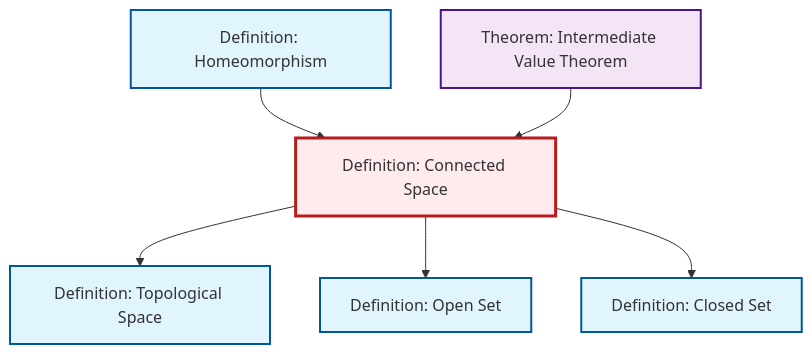
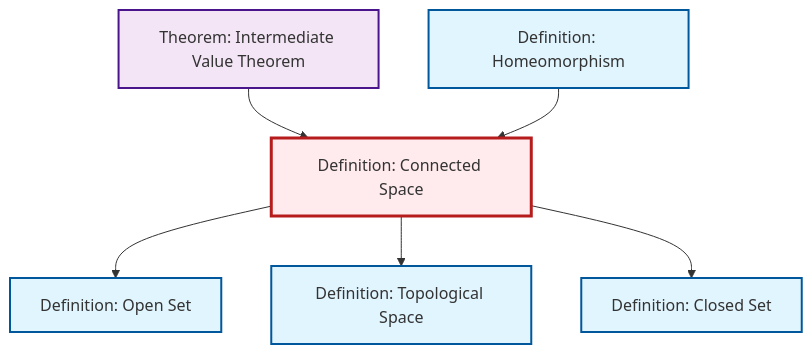
Before and after one commit to RK0429/ModernMath: the diagram in content/en/topology/def-connected.qmd, drawn with Mermaid. The commit also changed other lines of this file and 328 other files, not shown here.

````diff
--- a/content/en/topology/def-connected.qmd
+++ b/content/en/topology/def-connected.qmd
@@ -53,26 +53,26 @@
 ```{mermaid}
 %%| fig-cap: "Local dependency graph"
 graph TD
     classDef definition fill:#e1f5fe,stroke:#01579b,stroke-width:2px
     classDef theorem fill:#f3e5f5,stroke:#4a148c,stroke-width:2px
     classDef axiom fill:#fff3e0,stroke:#e65100,stroke-width:2px
     classDef example fill:#e8f5e9,stroke:#1b5e20,stroke-width:2px
     classDef current fill:#ffebee,stroke:#b71c1c,stroke-width:3px
+    def-open-set["Definition: Open Set"]:::definition
+    thm-intermediate-value["Theorem: Intermediate Value Theorem"]:::theorem
+    def-connected["Definition: Connected Space"]:::definition
+    def-homeomorphism["Definition: Homeomorphism"]:::definition
     def-topological-space["Definition: Topological Space"]:::definition
-    def-homeomorphism["Definition: Homeomorphism"]:::definition
     def-closed-set["Definition: Closed Set"]:::definition
-    thm-intermediate-value["Theorem: Intermediate Value Theorem"]:::theorem
-    def-open-set["Definition: Open Set"]:::definition
-    def-connected["Definition: Connected Space"]:::definition
+    thm-intermediate-value --> def-connected
+    def-connected --> def-open-set
+    def-homeomorphism --> def-connected
     def-connected --> def-topological-space
-    def-homeomorphism --> def-connected
-    def-connected --> def-open-set
     def-connected --> def-closed-set
-    thm-intermediate-value --> def-connected
     class def-connected current
+    click def-open-set "def-open-set.html" "Go to Open Set definition"
+    click thm-intermediate-value "thm-intermediate-value.html" "Go to Intermediate Value Theorem theorem"
+    click def-homeomorphism "def-homeomorphism.html" "Go to Homeomorphism definition"
     click def-topological-space "def-topological-space.html" "Go to Topological Space definition"
-    click def-homeomorphism "def-homeomorphism.html" "Go to Homeomorphism definition"
     click def-closed-set "def-closed-set.html" "Go to Closed Set definition"
-    click thm-intermediate-value "thm-intermediate-value.html" "Go to Intermediate Value Theorem theorem"
-    click def-open-set "def-open-set.html" "Go to Open Set definition"
 ```
````
